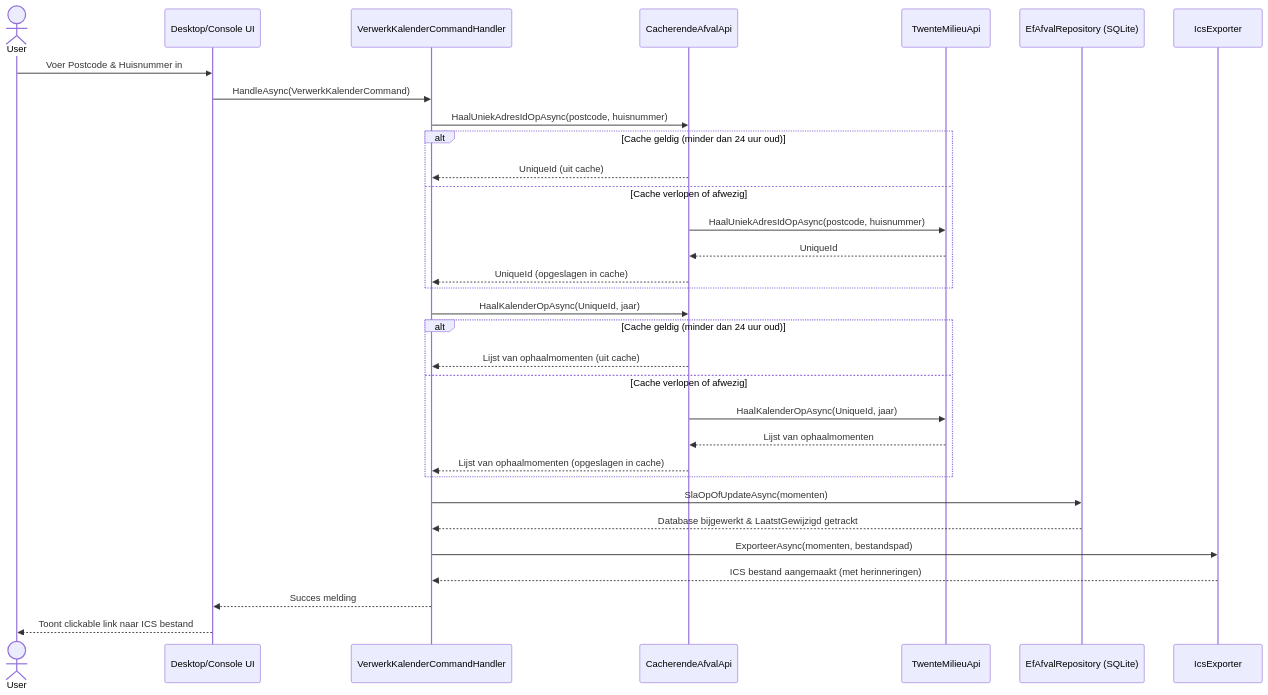
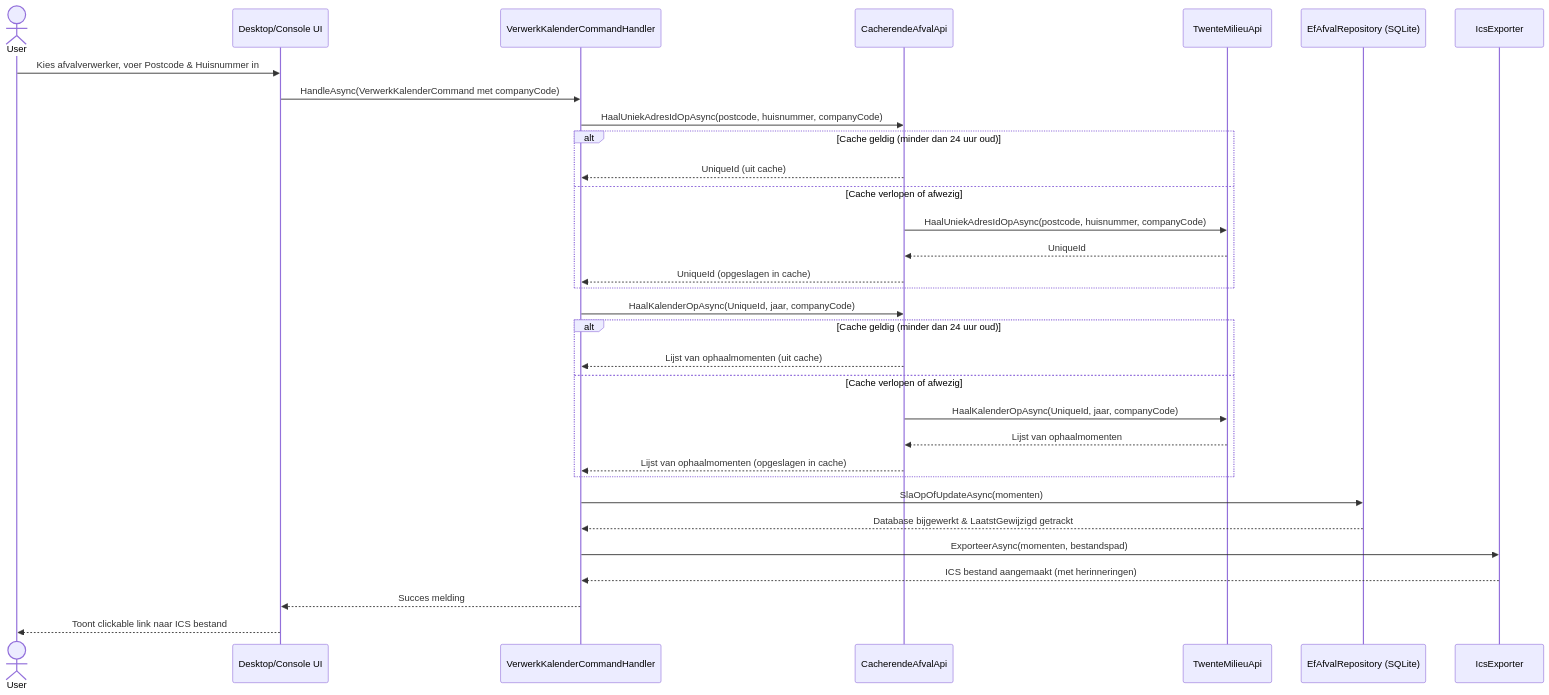
The third of 3 diagrams in README.md (marvinstorage/AfvalKalender), drawn with Mermaid before and after one commit. The commit also changed other lines of this file and 10 other files, not shown here.

````diff
--- a/README.md
+++ b/README.md
@@ -132,35 +133,35 @@
 ```mermaid
 sequenceDiagram
     actor User
     participant UI as Desktop/Console UI
     participant App as VerwerkKalenderCommandHandler
     participant Cache as CacherendeAfvalApi
     participant API as TwenteMilieuApi
     participant DB as EfAfvalRepository (SQLite)
     participant ICS as IcsExporter
 
-    User->>UI: Voer Postcode & Huisnummer in
-    UI->>App: HandleAsync(VerwerkKalenderCommand)
-    App->>Cache: HaalUniekAdresIdOpAsync(postcode, huisnummer)
+    User->>UI: Kies afvalverwerker, voer Postcode & Huisnummer in
+    UI->>App: HandleAsync(VerwerkKalenderCommand met companyCode)
+    App->>Cache: HaalUniekAdresIdOpAsync(postcode, huisnummer, companyCode)
     alt Cache geldig (minder dan 24 uur oud)
         Cache-->>App: UniqueId (uit cache)
     else Cache verlopen of afwezig
-        Cache->>API: HaalUniekAdresIdOpAsync(postcode, huisnummer)
+        Cache->>API: HaalUniekAdresIdOpAsync(postcode, huisnummer, companyCode)
         API-->>Cache: UniqueId
         Cache-->>App: UniqueId (opgeslagen in cache)
     end
-    App->>Cache: HaalKalenderOpAsync(UniqueId, jaar)
+    App->>Cache: HaalKalenderOpAsync(UniqueId, jaar, companyCode)
     alt Cache geldig (minder dan 24 uur oud)
         Cache-->>App: Lijst van ophaalmomenten (uit cache)
     else Cache verlopen of afwezig
-        Cache->>API: HaalKalenderOpAsync(UniqueId, jaar)
+        Cache->>API: HaalKalenderOpAsync(UniqueId, jaar, companyCode)
         API-->>Cache: Lijst van ophaalmomenten
         Cache-->>App: Lijst van ophaalmomenten (opgeslagen in cache)
     end
     App->>DB: SlaOpOfUpdateAsync(momenten)
     DB-->>App: Database bijgewerkt & LaatstGewijzigd getrackt
     App->>ICS: ExporteerAsync(momenten, bestandspad)
     ICS-->>App: ICS bestand aangemaakt (met herinneringen)
     App-->>UI: Succes melding
     UI-->>User: Toont clickable link naar ICS bestand
 ```
````
